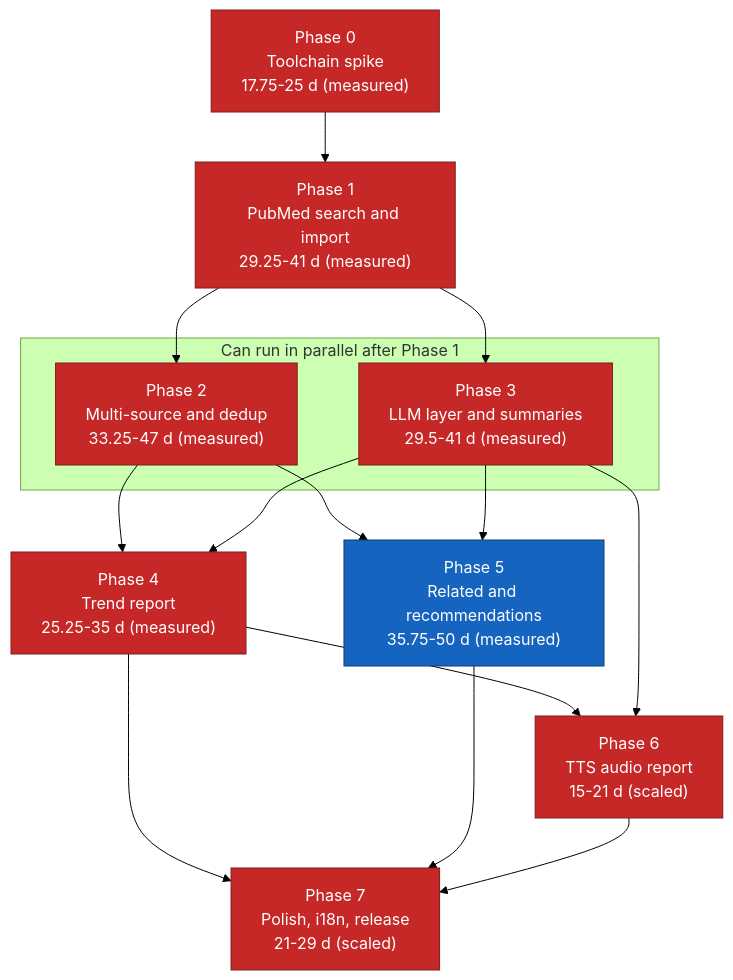
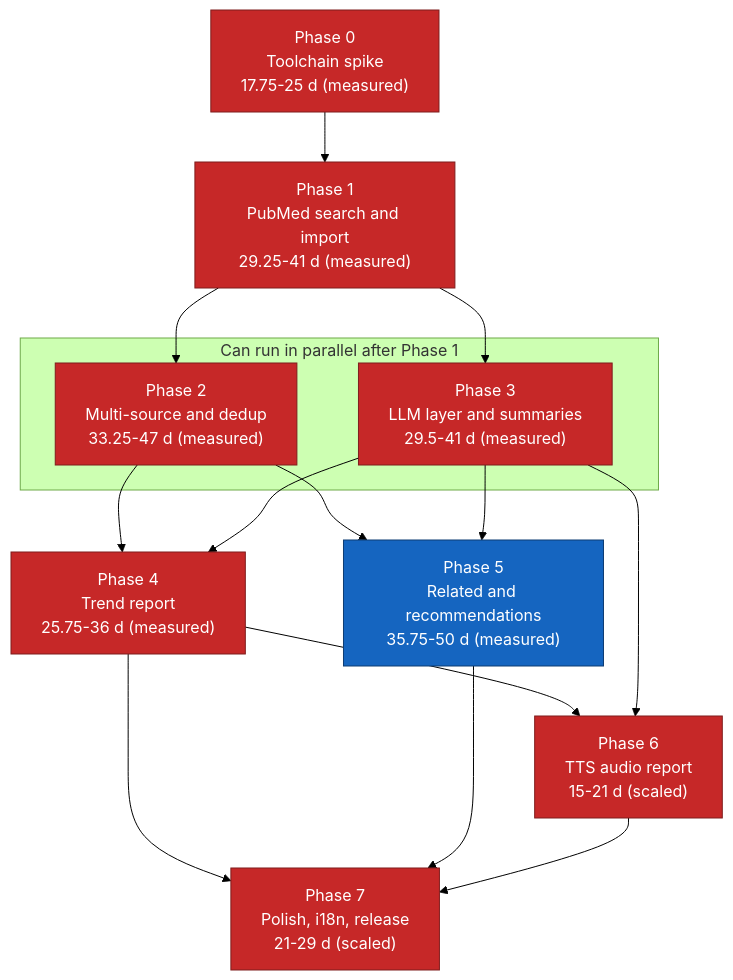
The diagram in docs/11-implementation-roadmap.md (suppakoko/research_helper), drawn with Mermaid (forest theme) before and after one commit. The commit also changed other lines of this file and 64 other files, not shown here.

````diff
--- a/docs/11-implementation-roadmap.md
+++ b/docs/11-implementation-roadmap.md
@@ -326,34 +326,34 @@
 ```mermaid
 graph TD
     P0["Phase 0<br/>Toolchain spike<br/>17.75-25 d (measured)"]
     P1["Phase 1<br/>PubMed search and import<br/>29.25-41 d (measured)"]
     P2["Phase 2<br/>Multi-source and dedup<br/>33.25-47 d (measured)"]
     P3["Phase 3<br/>LLM layer and summaries<br/>29.5-41 d (measured)"]
-    P4["Phase 4<br/>Trend report<br/>25.25-35 d (measured)"]
+    P4["Phase 4<br/>Trend report<br/>25.75-36 d (measured)"]
     P5["Phase 5<br/>Related and recommendations<br/>35.75-50 d (measured)"]
     P6["Phase 6<br/>TTS audio report<br/>15-21 d (scaled)"]
     P7["Phase 7<br/>Polish, i18n, release<br/>21-29 d (scaled)"]
 
     P0 --> P1
     P1 --> P2
     P1 --> P3
     P2 --> P4
     P3 --> P4
     P2 --> P5
     P3 --> P5
     P4 --> P6
     P3 --> P6
     P4 --> P7
     P5 --> P7
     P6 --> P7
 
     subgraph parallel["Can run in parallel after Phase 1"]
         P2
         P3
     end
 
     classDef critical fill:#c62828,stroke:#7f1d1d,color:#ffffff
     classDef normal fill:#1565c0,stroke:#0d3c73,color:#ffffff
     class P0,P1,P2,P3,P4,P6,P7 critical
     class P5 normal
 ```
````
